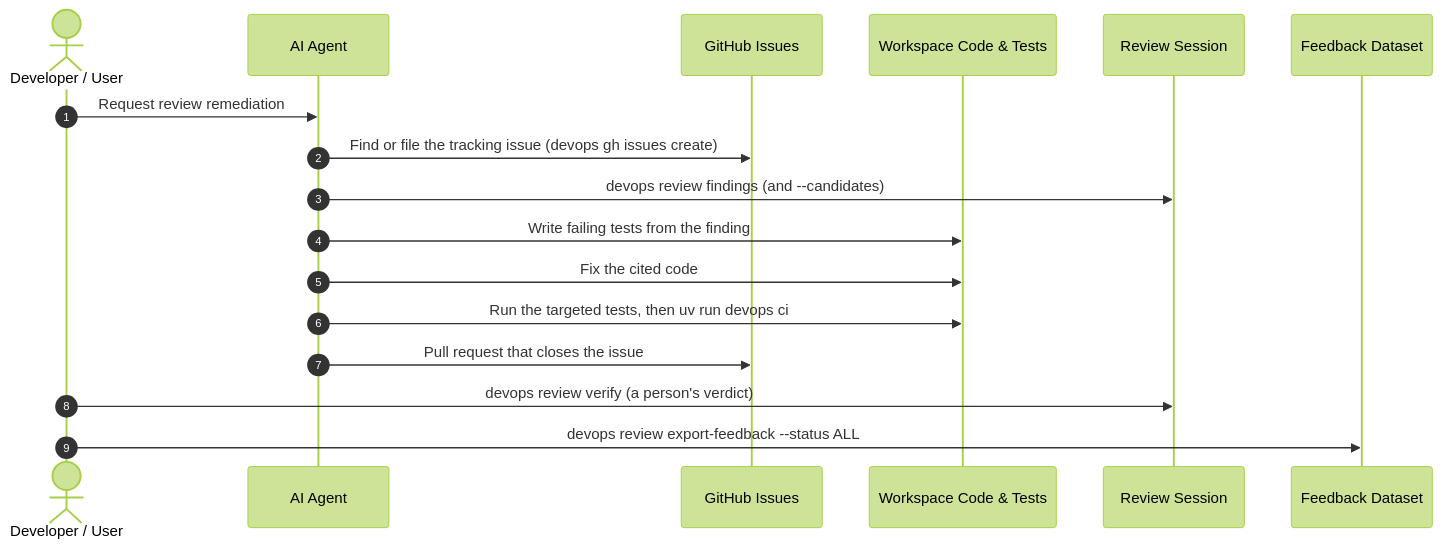
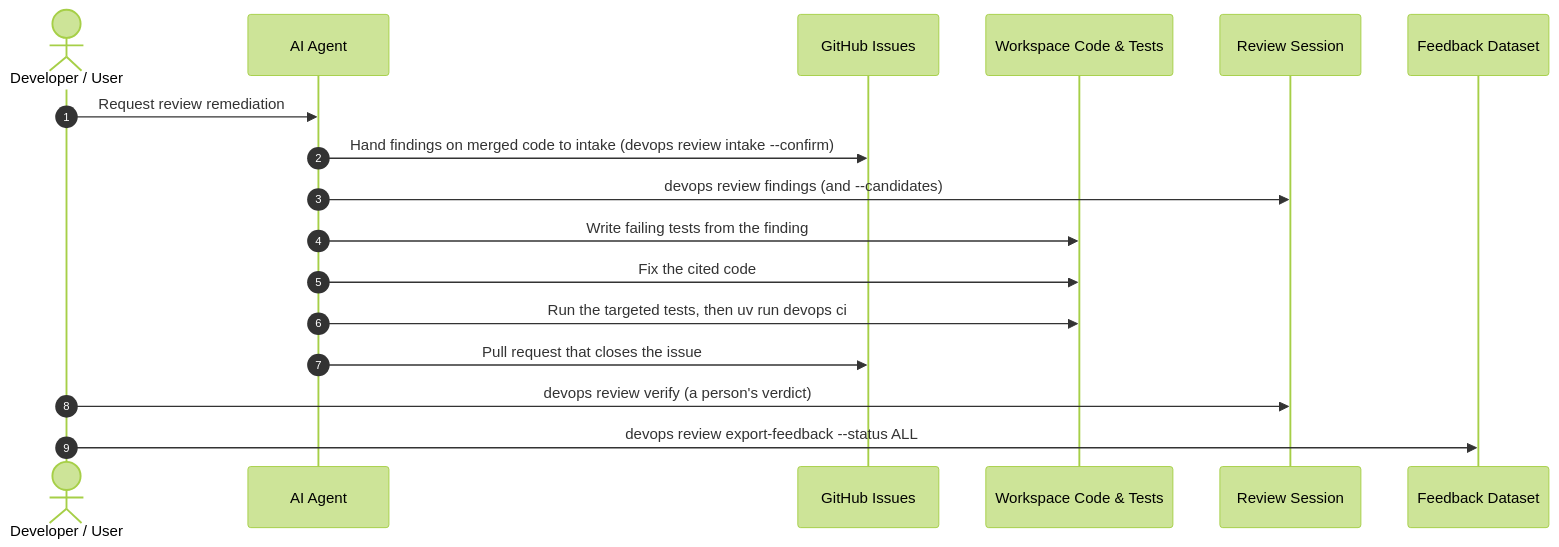
Before and after one commit to dan-petty/devops-cli: the second of 2 diagrams in docs/SELF_IMPROVEMENT.md, drawn with Mermaid (forest theme). The commit also changed other lines of this file and 26 other files, not shown here.

First line of the commit message:
feat(review): devops review intake hands the findings of a session on merged code to roadmap intake

````diff
--- a/docs/SELF_IMPROVEMENT.md
+++ b/docs/SELF_IMPROVEMENT.md
@@ -487,20 +490,20 @@
 ```mermaid
 sequenceDiagram
     autonumber
     actor Person as Developer / User
     participant Agent as AI Agent
     participant GH as GitHub Issues
     participant Code as Workspace Code & Tests
     participant Session as Review Session
     participant Dataset as Feedback Dataset
 
     Person->>Agent: Request review remediation
-    Agent->>GH: Find or file the tracking issue (devops gh issues create)
+    Agent->>GH: Hand findings on merged code to intake (devops review intake --confirm)
     Agent->>Session: devops review findings (and --candidates)
     Agent->>Code: Write failing tests from the finding
     Agent->>Code: Fix the cited code
     Agent->>Code: Run the targeted tests, then uv run devops ci
     Agent->>GH: Pull request that closes the issue
     Person->>Session: devops review verify (a person's verdict)
     Person->>Dataset: devops review export-feedback --status ALL
 ```
````
